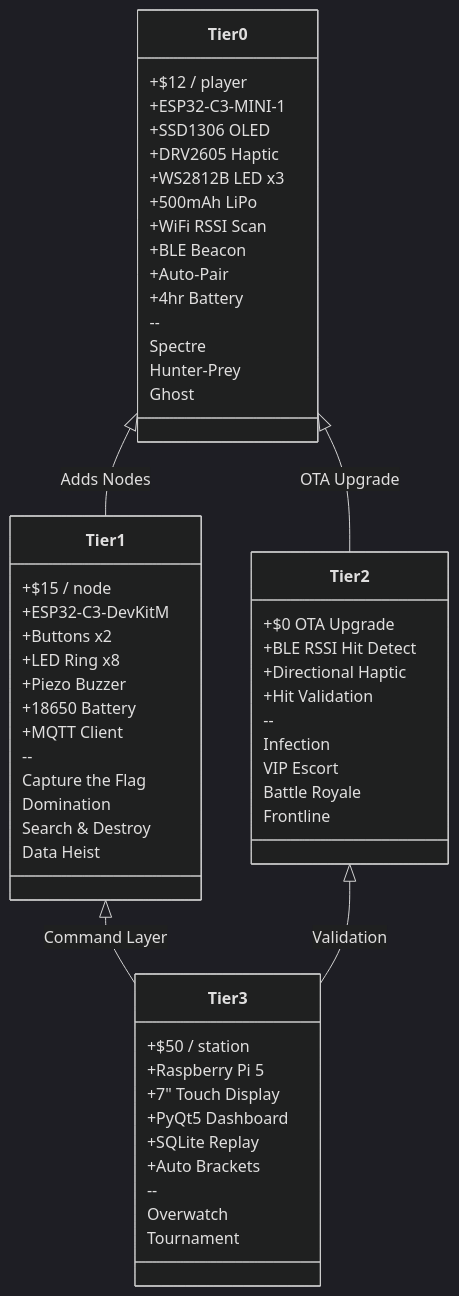
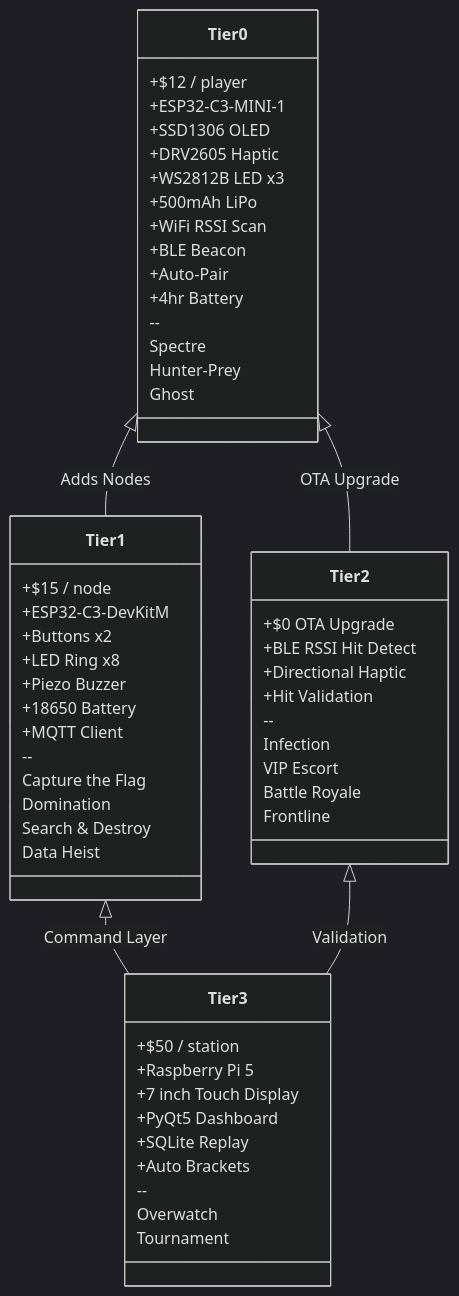
The third of 6 diagrams in README.md (toxicwind/paintball-field), drawn with Mermaid before and after one commit.

Commit message:
fix: mermaid parse error - replace smart quote in classDiagram

````diff
--- a/README.md
+++ b/README.md
@@ -140,64 +140,64 @@
 ```mermaid
 %%{init: {'theme': 'dark'}}%%
 classDiagram
     class Tier0 {
         +$12 / player
         +ESP32-C3-MINI-1
         +SSD1306 OLED
         +DRV2605 Haptic
         +WS2812B LED x3
         +500mAh LiPo
         +WiFi RSSI Scan
         +BLE Beacon
         +Auto-Pair
         +4hr Battery
         --
         Spectre
         Hunter-Prey
         Ghost
     }
     
     class Tier1 {
         +$15 / node
         +ESP32-C3-DevKitM
         +Buttons x2
         +LED Ring x8
         +Piezo Buzzer
         +18650 Battery
         +MQTT Client
         --
         Capture the Flag
         Domination
         Search & Destroy
         Data Heist
     }
     
     class Tier2 {
         +$0 OTA Upgrade
         +BLE RSSI Hit Detect
         +Directional Haptic
         +Hit Validation
         --
         Infection
         VIP Escort
         Battle Royale
         Frontline
     }
     
     class Tier3 {
         +$50 / station
         +Raspberry Pi 5
-        +7" Touch Display
+        +7 inch Touch Display
         +PyQt5 Dashboard
         +SQLite Replay
         +Auto Brackets
         --
         Overwatch
         Tournament
     }
     
     Tier0 <|-- Tier2 : OTA Upgrade
     Tier0 <|-- Tier1 : Adds Nodes
     Tier1 <|-- Tier3 : Command Layer
     Tier2 <|-- Tier3 : Validation
 ```
````
